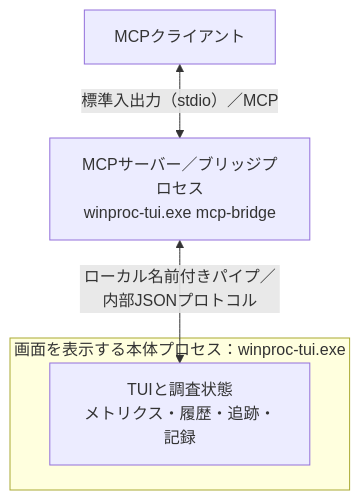
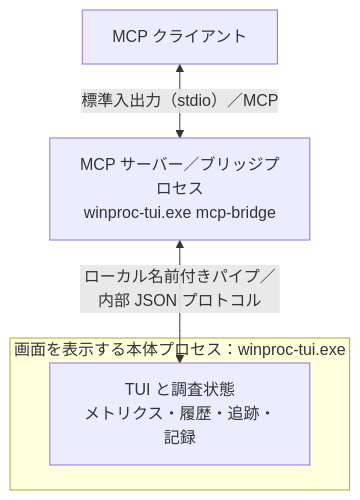
One commit to TX230/winproc-tui changed the diagram in README.ja.md. Above: the diagram before and after it, drawn with Mermaid. The commit also changed other lines of this file and 5 other files, not shown here.

````diff
--- a/README.ja.md
+++ b/README.ja.md
@@ -176,10 +200,10 @@
 ```mermaid
 flowchart TD
-    Client["MCPクライアント"]
-    Bridge["MCPサーバー／ブリッジプロセス<br/>winproc-tui.exe mcp-bridge"]
+    Client["MCP クライアント"]
+    Bridge["MCP サーバー／ブリッジプロセス<br/>winproc-tui.exe mcp-bridge"]
     subgraph Application["画面を表示する本体プロセス：winproc-tui.exe"]
-        TUI["TUIと調査状態<br/>メトリクス・履歴・追跡・記録"]
+        TUI["TUI と調査状態<br/>メトリクス・履歴・追跡・記録"]
     end
     Client <-->|"標準入出力（stdio）／MCP"| Bridge
-    Bridge <-->|"ローカル名前付きパイプ／内部JSONプロトコル"| TUI
+    Bridge <-->|"ローカル名前付きパイプ／内部 JSON プロトコル"| TUI
 ```
````
